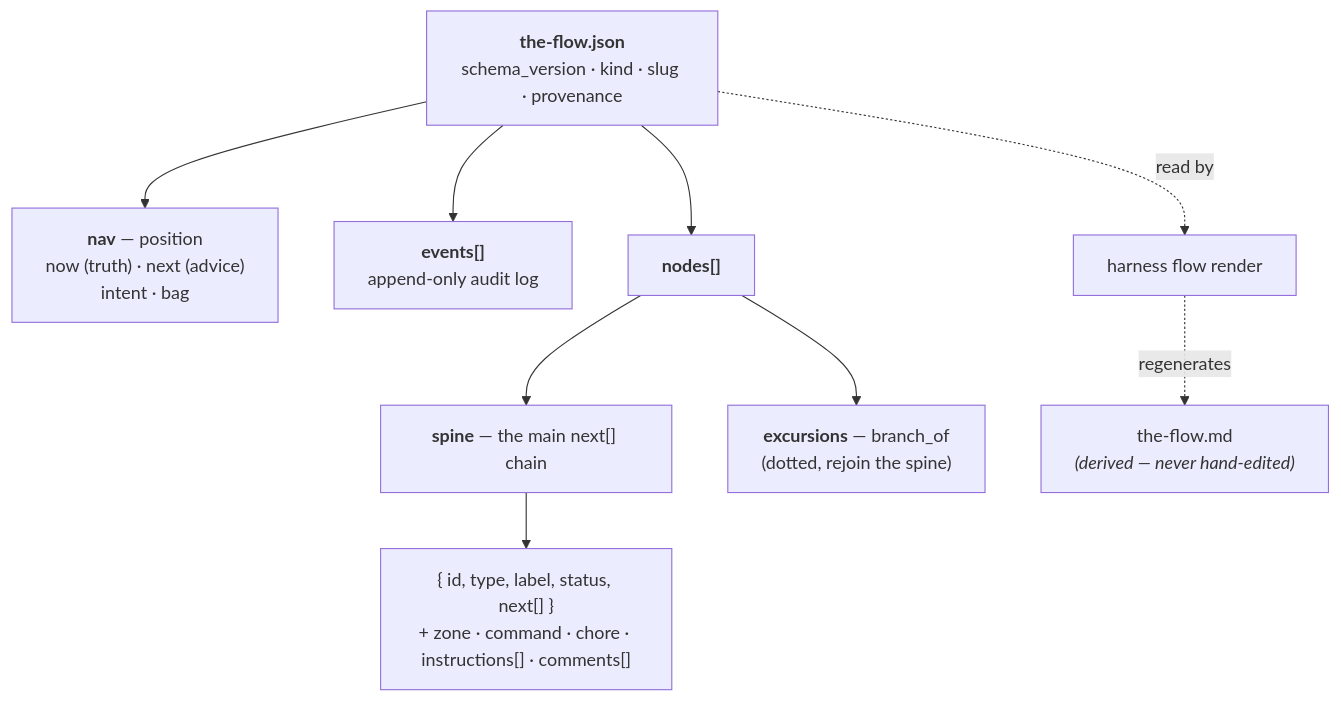
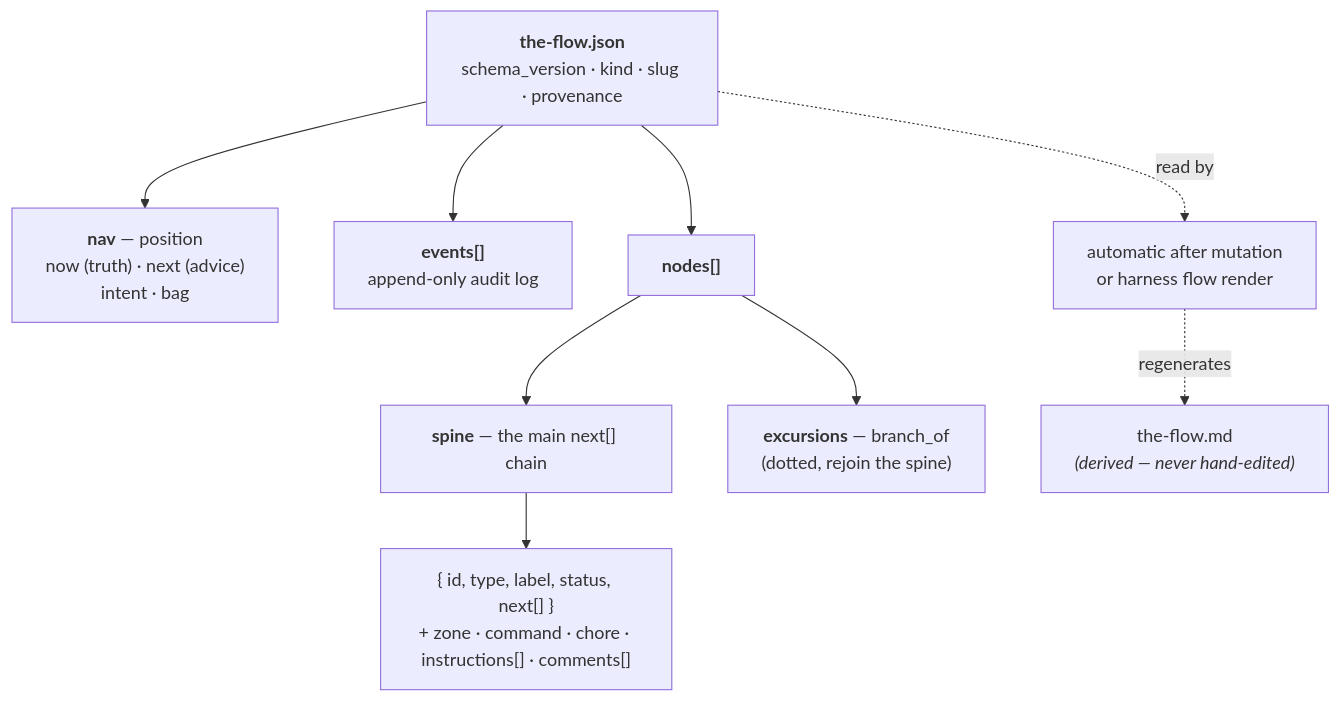
Before and after one commit to AI-Substrate/harness-engineering: the first of 3 diagrams in docs/how/harness-flow.md, drawn with Mermaid. The commit also changed other lines of this file and 18 other files, not shown here.

First line of the commit message:
fix(057): FX001 flow friction batch — auto-render on mutate, doctor --quiet, root vitest scope, check:docs verdicts, link + doc hygiene

````diff
--- a/docs/how/harness-flow.md
+++ b/docs/how/harness-flow.md
@@ -29,12 +29,12 @@
 ```mermaid
 flowchart TD
     root["<b>the-flow.json</b><br/>schema_version · kind · slug · provenance"]
     root --> nav["<b>nav</b> — position<br/>now (truth) · next (advice)<br/>intent · bag"]
     root --> events["<b>events[]</b><br/>append-only audit log"]
     root --> nodes["<b>nodes[]</b>"]
     nodes --> spine["<b>spine</b> — the main next[] chain"]
     nodes --> exc["<b>excursions</b> — branch_of<br/>(dotted, rejoin the spine)"]
     spine --> node["{ id, type, label, status, next[] }<br/>+ zone · command · chore · instructions[] · comments[]"]
-    root -. read by .-> render["harness flow render"]
+    root -. read by .-> render["automatic after mutation<br/>or harness flow render"]
     render -. regenerates .-> md["the-flow.md<br/><i>(derived — never hand-edited)</i>"]
 ```
````
